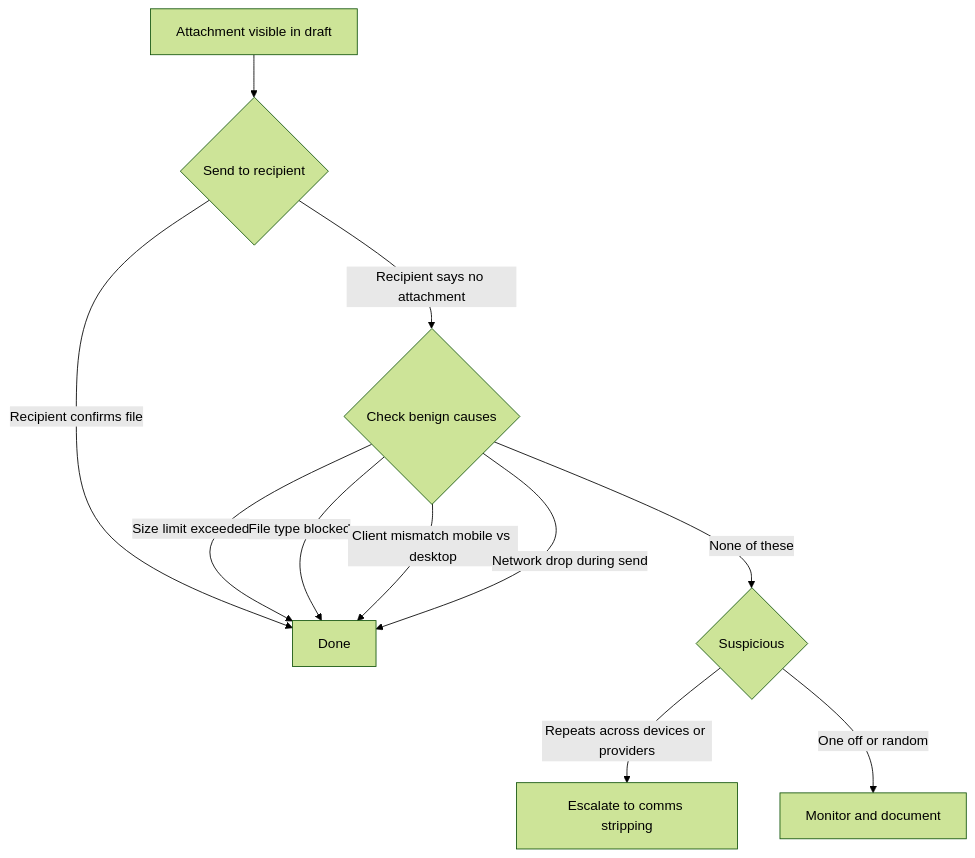
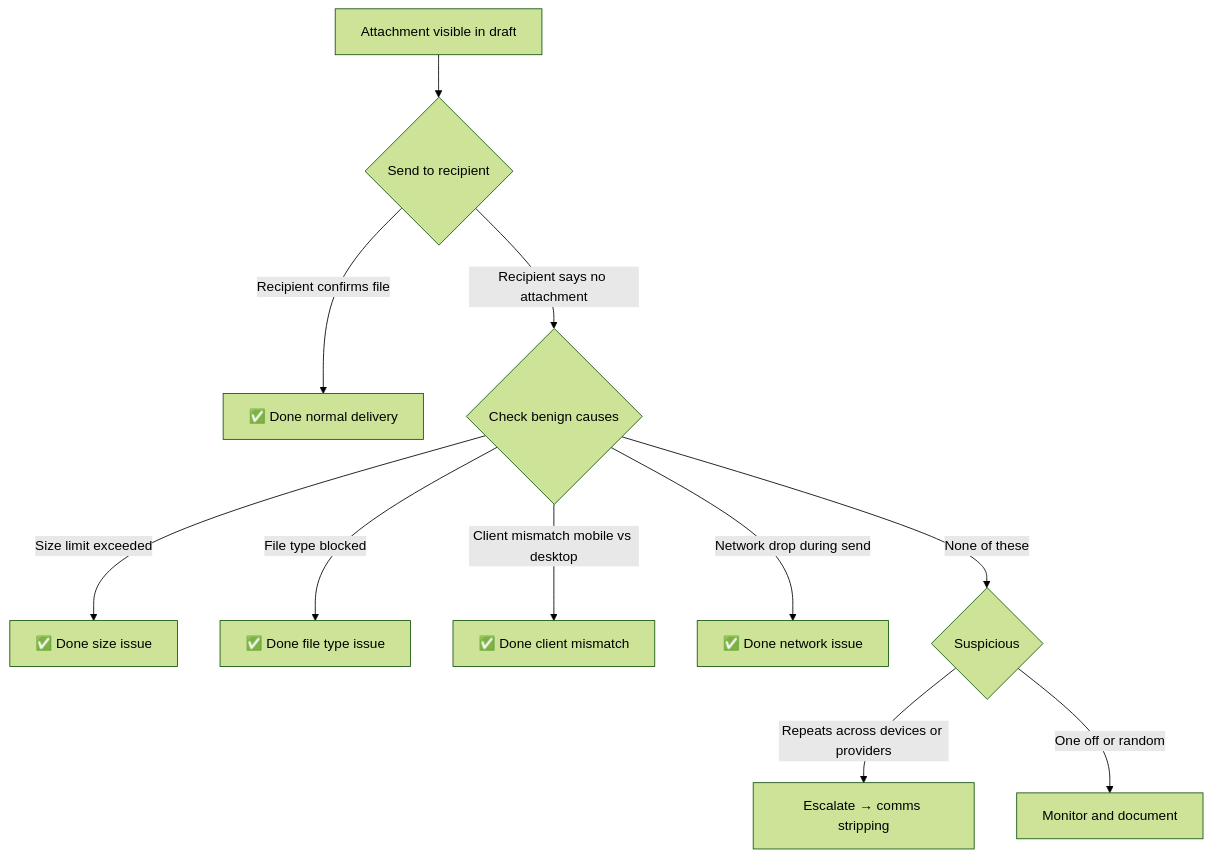
The diagram in Weirdness_Screening/📬_Comms_Breaks/📎_attachments_not_delivered.md (josefsbreakfast/Polaris-Protocol), drawn with Mermaid (forest theme) before and after one commit.

````diff
--- a/Weirdness_Screening/📬_Comms_Breaks/📎_attachments_not_delivered.md
+++ b/Weirdness_Screening/📬_Comms_Breaks/📎_attachments_not_delivered.md
@@ -9,15 +9,15 @@
 ```mermaid
 flowchart TD
     A[Attachment visible in draft] --> B{Send to recipient}
-    B -->|Recipient confirms file| C[Done]
+    B -->|Recipient confirms file| C1[✅ Done normal delivery]
     B -->|Recipient says no attachment| D{Check benign causes}
 
-    D -->|Size limit exceeded| C
-    D -->|File type blocked| C
-    D -->|Client mismatch mobile vs desktop| C
-    D -->|Network drop during send| C
+    D -->|Size limit exceeded| C2[✅ Done size issue]
+    D -->|File type blocked| C3[✅ Done file type issue]
+    D -->|Client mismatch mobile vs desktop| C4[✅ Done client mismatch]
+    D -->|Network drop during send| C5[✅ Done network issue]
     D -->|None of these| E{Suspicious}
 
-    E -->|Repeats across devices or providers| F[Escalate to comms stripping]
+    E -->|Repeats across devices or providers| F[Escalate → comms stripping]
     E -->|One off or random| G[Monitor and document]
 ```
````
